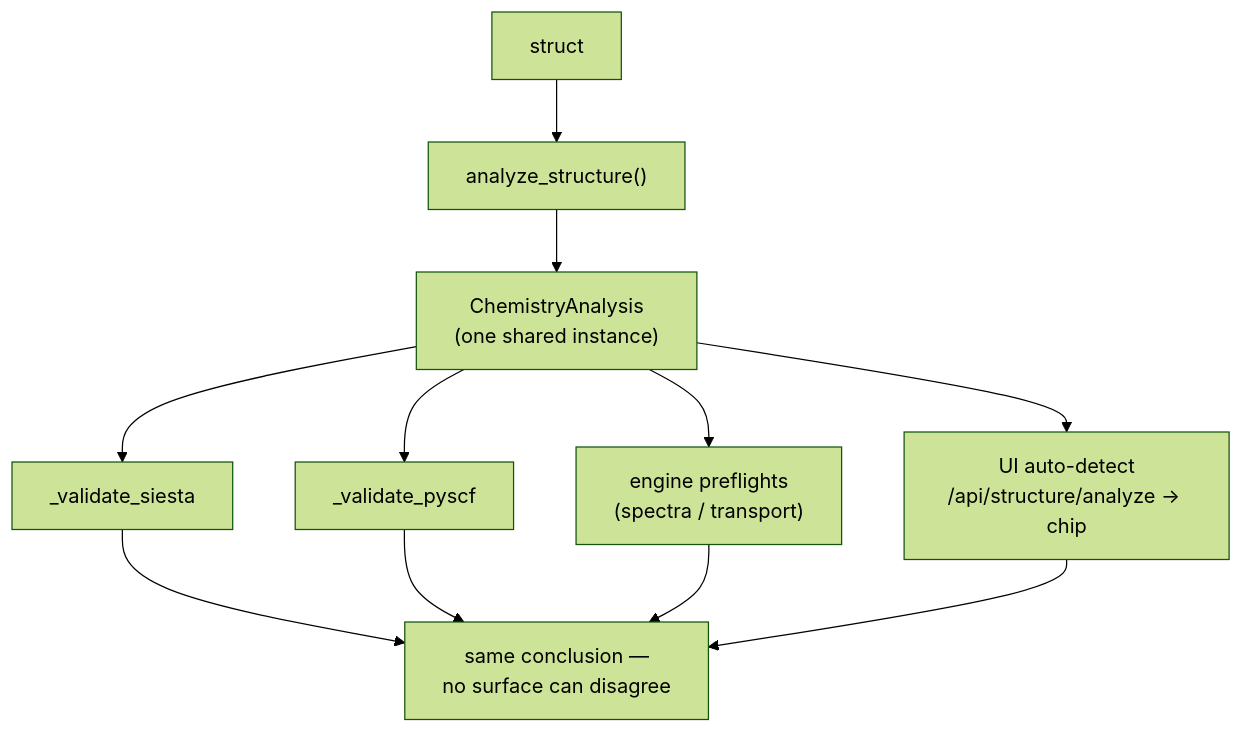
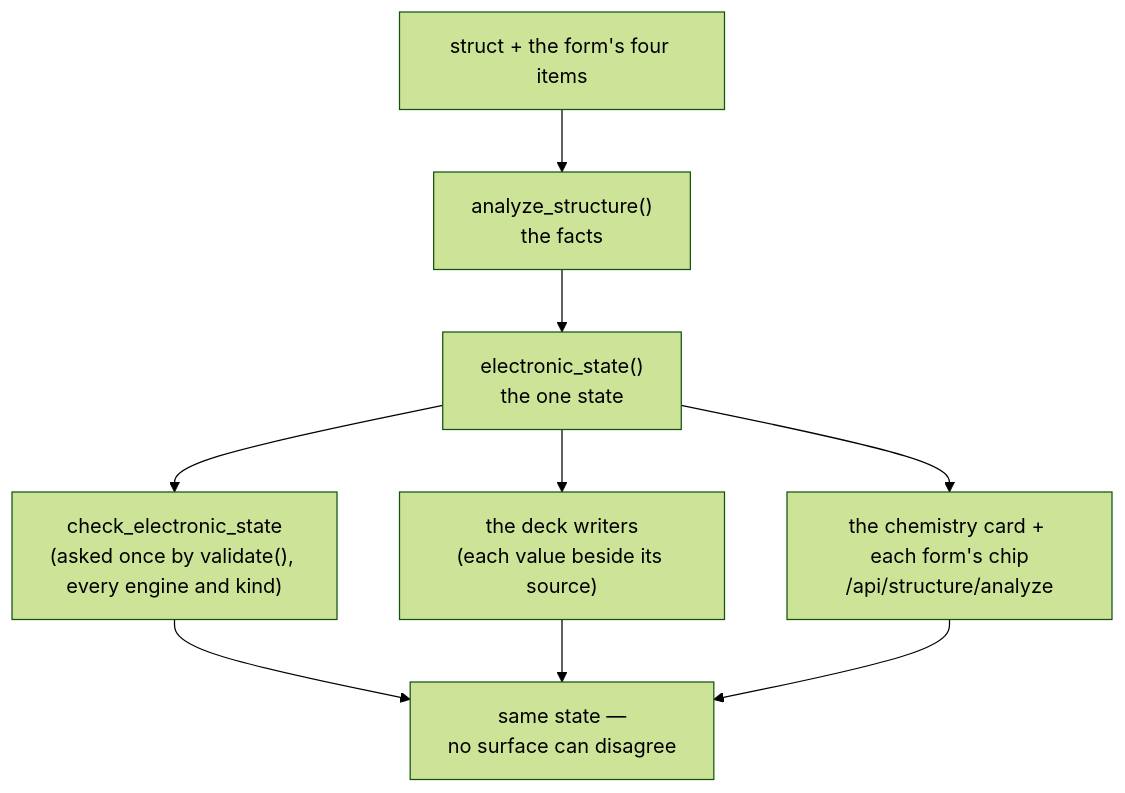
One commit to Qing-LAB/molbuilder changed the third of 3 diagrams in docs/science/overview.md. Above: the diagram before and after it, drawn with Mermaid (forest theme). The commit also changed other lines of this file and 142 other files, not shown here.

````diff
--- a/docs/science/overview.md
+++ b/docs/science/overview.md
@@ -221,13 +243,11 @@
 ```mermaid
 flowchart TD
-    S["struct"] --> AN["analyze_structure()"]
-    AN --> CA["ChemistryAnalysis<br/>(one shared instance)"]
-    CA --> VS["_validate_siesta"]
-    CA --> VP["_validate_pyscf"]
-    CA --> EP["engine preflights<br/>(spectra / transport)"]
-    CA --> UI["UI auto-detect<br/>/api/structure/analyze → chip"]
-    VS --> R["same conclusion —<br/>no surface can disagree"]
-    VP --> R
-    EP --> R
+    S["struct + the form's four items"] --> AN["analyze_structure()<br/>the facts"]
+    AN --> ES["electronic_state()<br/>the one state"]
+    ES --> V["check_electronic_state<br/>(asked once by validate(), every engine and kind)"]
+    ES --> DW["the deck writers<br/>(each value beside its source)"]
+    ES --> UI["the chemistry card + each form's chip<br/>/api/structure/analyze"]
+    V --> R["same state —<br/>no surface can disagree"]
+    DW --> R
     UI --> R
 ```
````
